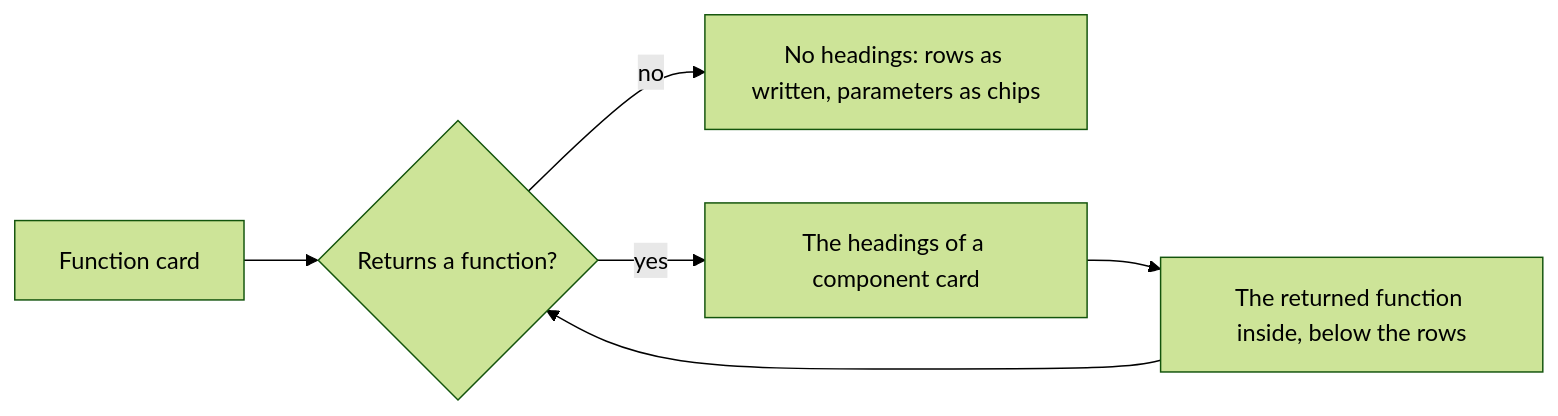
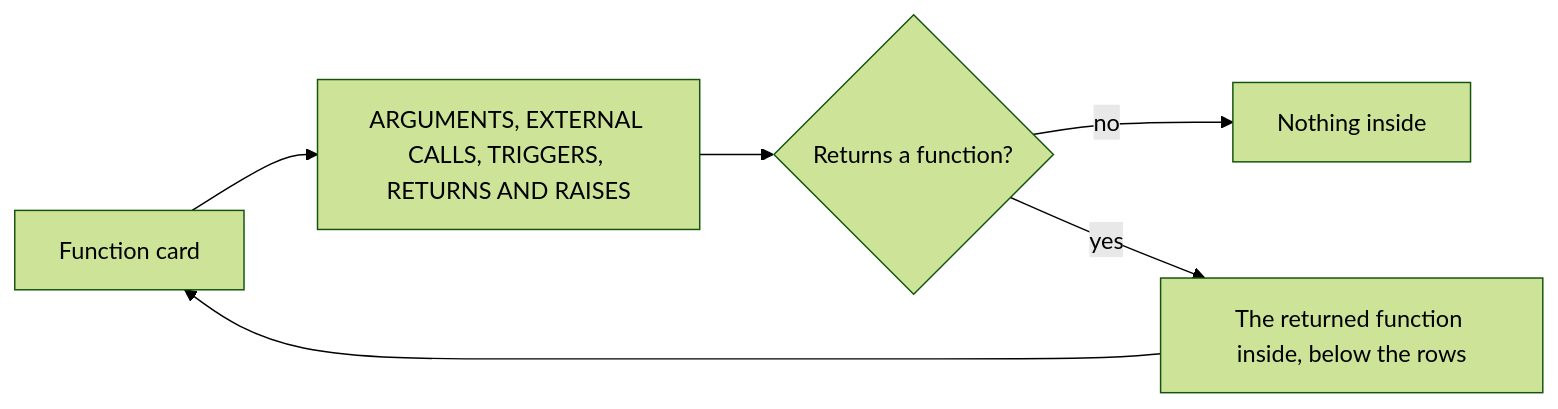
Before and after one commit to kidlat-dakila/flight-plan: the diagram in docs/vocabulary/trace-diagram/function-card.md, drawn with Mermaid (forest theme). The commit also changed other lines of this file and 540 other files, not shown here.

````diff
--- a/docs/vocabulary/trace-diagram/function-card.md
+++ b/docs/vocabulary/trace-diagram/function-card.md
@@ -115,8 +272,8 @@
 ```mermaid
 flowchart LR
-  f["Function card"] --> r{"Returns a function?"}
-  r -- no --> flat["No headings: rows as written, parameters as chips"]
-  r -- yes --> grouped["The headings of a component card"]
-  grouped --> inner["The returned function inside, below the rows"]
-  inner --> r
+  f["Function card"] --> rows["ARGUMENTS, EXTERNAL CALLS, TRIGGERS, RETURNS AND RAISES"]
+  rows --> r{"Returns a function?"}
+  r -- no --> done["Nothing inside"]
+  r -- yes --> inner["The returned function inside, below the rows"]
+  inner --> f
 ```
````
